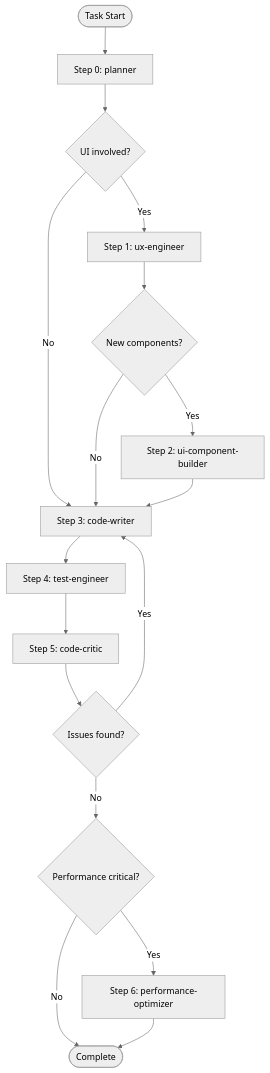
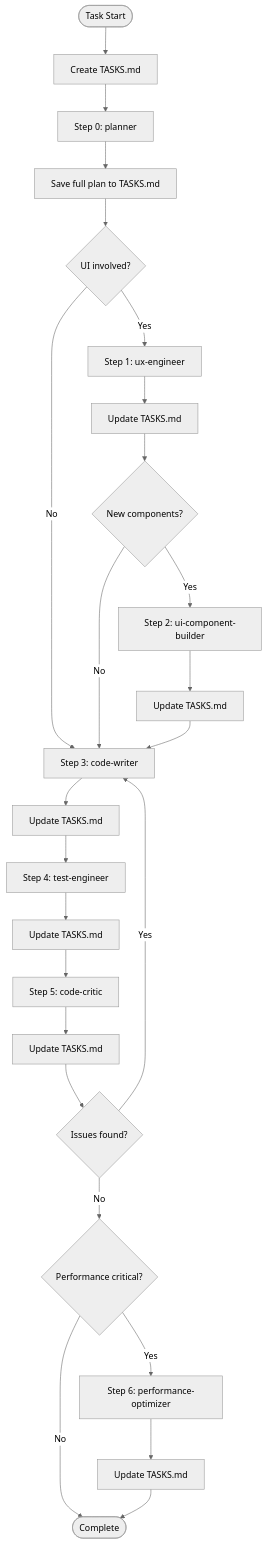
Before and after one commit to Enso-Soft/lotto-assist: the diagram in CLAUDE.md, drawn with Mermaid (neutral theme). The commit also changed other lines of this file and 14 other files, not shown here.

````diff
--- a/CLAUDE.md
+++ b/CLAUDE.md
@@ -30,19 +93,27 @@
 ```mermaid
 flowchart TD
-    Start([Task Start]) --> P[Step 0: planner]
-    P --> UI{UI involved?}
+    Start([Task Start]) --> Init[Create TASKS.md]
+    Init --> P[Step 0: planner]
+    P --> P_Update[Save full plan to TASKS.md]
+    P_Update --> UI{UI involved?}
     UI -->|Yes| UX[Step 1: ux-engineer]
     UI -->|No| CW
-    UX --> NewComp{New components?}
+    UX --> UX_Update[Update TASKS.md]
+    UX_Update --> NewComp{New components?}
     NewComp -->|Yes| UCB[Step 2: ui-component-builder]
     NewComp -->|No| CW
-    UCB --> CW[Step 3: code-writer]
-    CW --> TE[Step 4: test-engineer]
-    TE --> CC[Step 5: code-critic]
-    CC --> Issues{Issues found?}
+    UCB --> UCB_Update[Update TASKS.md]
+    UCB_Update --> CW[Step 3: code-writer]
+    CW --> CW_Update[Update TASKS.md]
+    CW_Update --> TE[Step 4: test-engineer]
+    TE --> TE_Update[Update TASKS.md]
+    TE_Update --> CC[Step 5: code-critic]
+    CC --> CC_Update[Update TASKS.md]
+    CC_Update --> Issues{Issues found?}
     Issues -->|Yes| CW
     Issues -->|No| Perf{Performance critical?}
     Perf -->|Yes| PO[Step 6: performance-optimizer]
     Perf -->|No| Done([Complete])
-    PO --> Done
+    PO --> PO_Update[Update TASKS.md]
+    PO_Update --> Done
 ```
````
